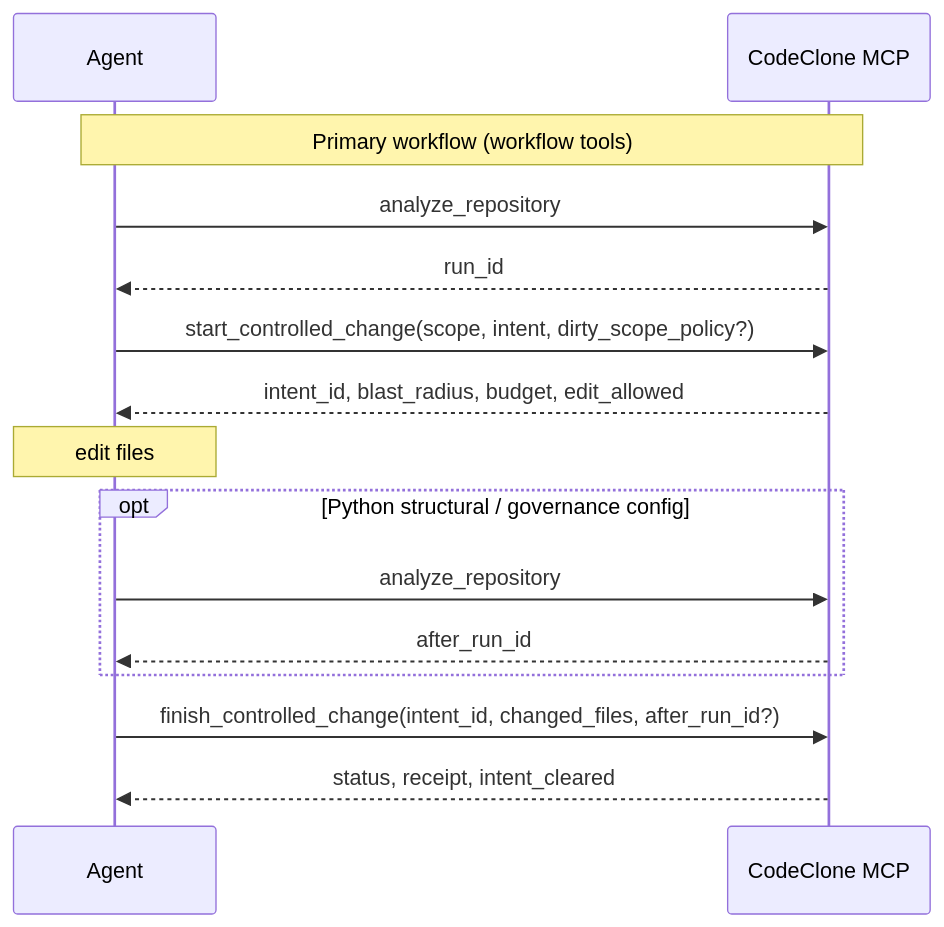
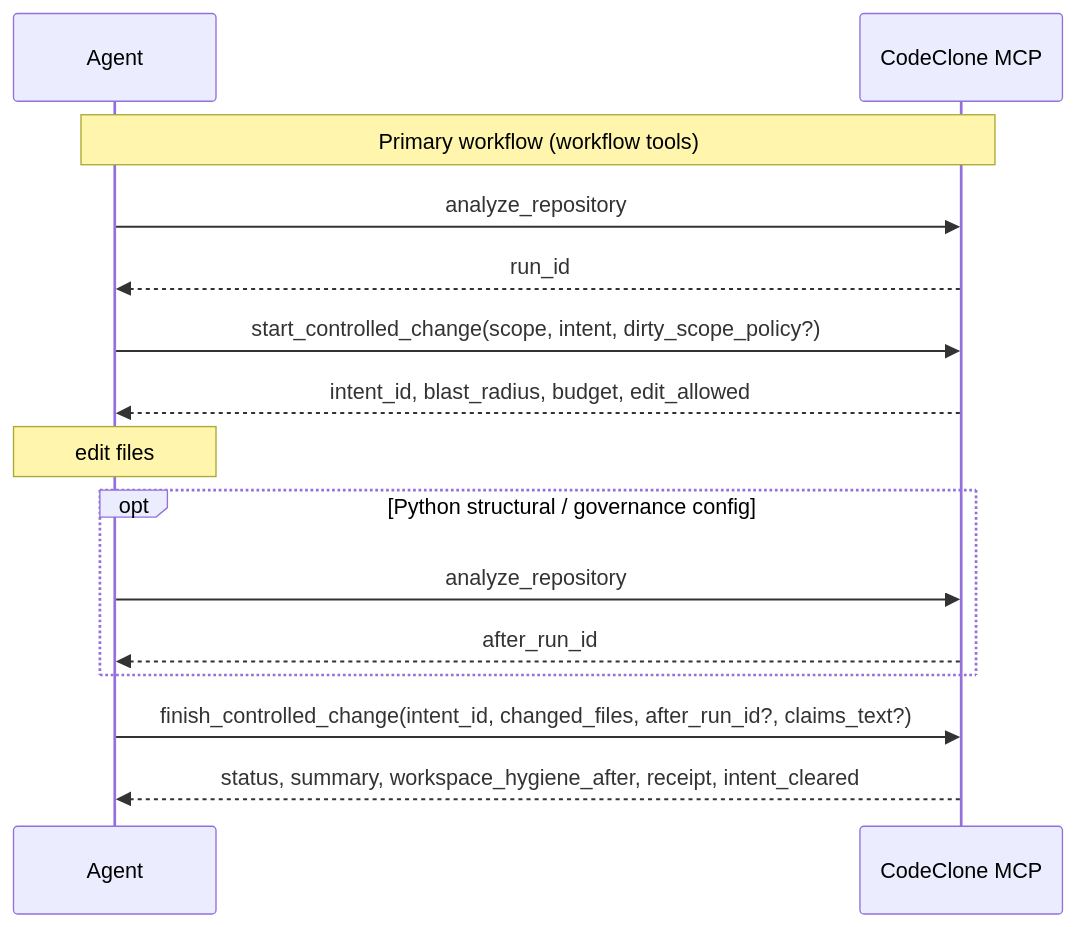
The fifth of 5 diagrams in docs/mcp.md (orenlab/codeclone), drawn with Mermaid before and after one commit. The commit also changed other lines of this file and 22 other files, not shown here.

First line of the commit message:
fix(mcp): separate claims_text from review_text and harden workspace finish

````diff
--- a/docs/mcp.md
+++ b/docs/mcp.md
@@ -431,17 +431,17 @@
 ```mermaid
 sequenceDiagram
     participant Agent
     participant MCP as CodeClone MCP
     Note over Agent, MCP: Primary workflow (workflow tools)
     Agent ->> MCP: analyze_repository
     MCP -->> Agent: run_id
     Agent ->> MCP: start_controlled_change(scope, intent, dirty_scope_policy?)
     MCP -->> Agent: intent_id, blast_radius, budget, edit_allowed
     Note over Agent: edit files
     opt Python structural / governance config
         Agent ->> MCP: analyze_repository
         MCP -->> Agent: after_run_id
     end
-    Agent ->> MCP: finish_controlled_change(intent_id, changed_files, after_run_id?)
-    MCP -->> Agent: status, receipt, intent_cleared
+    Agent ->> MCP: finish_controlled_change(intent_id, changed_files, after_run_id?, claims_text?)
+    MCP -->> Agent: status, summary, workspace_hygiene_after, receipt, intent_cleared
 ```
````
